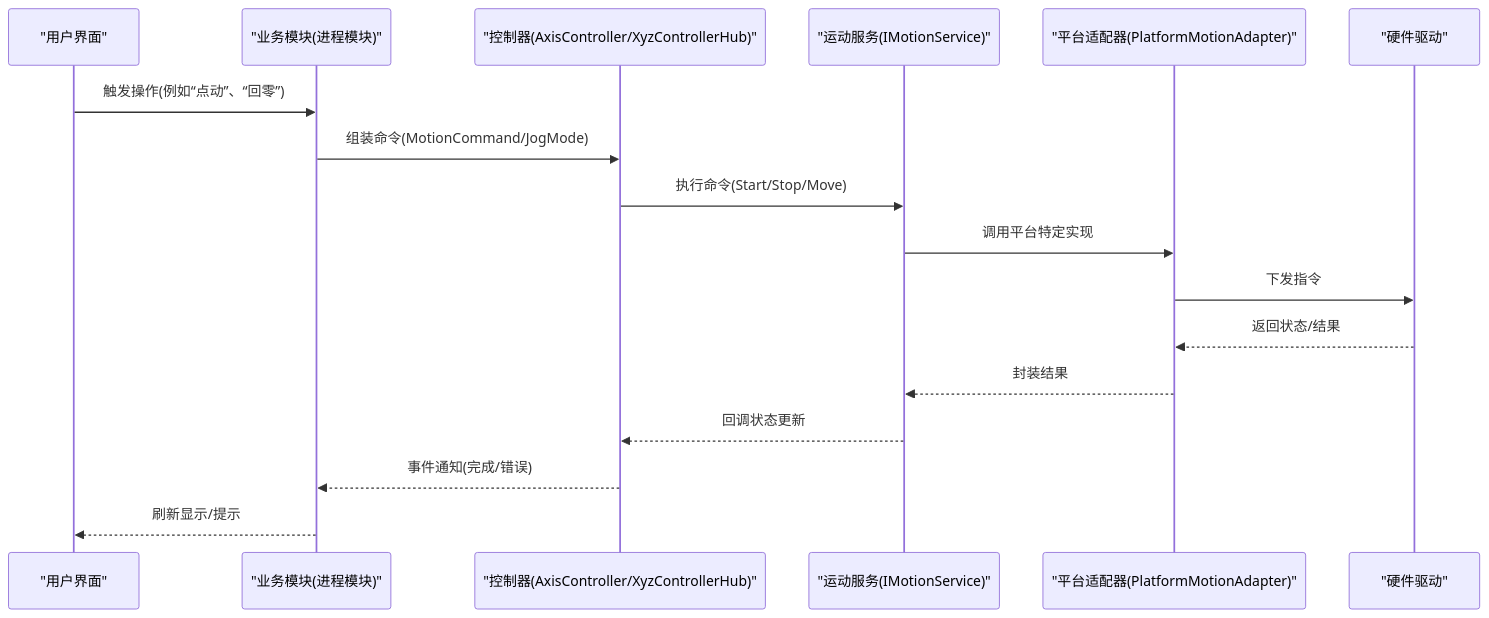
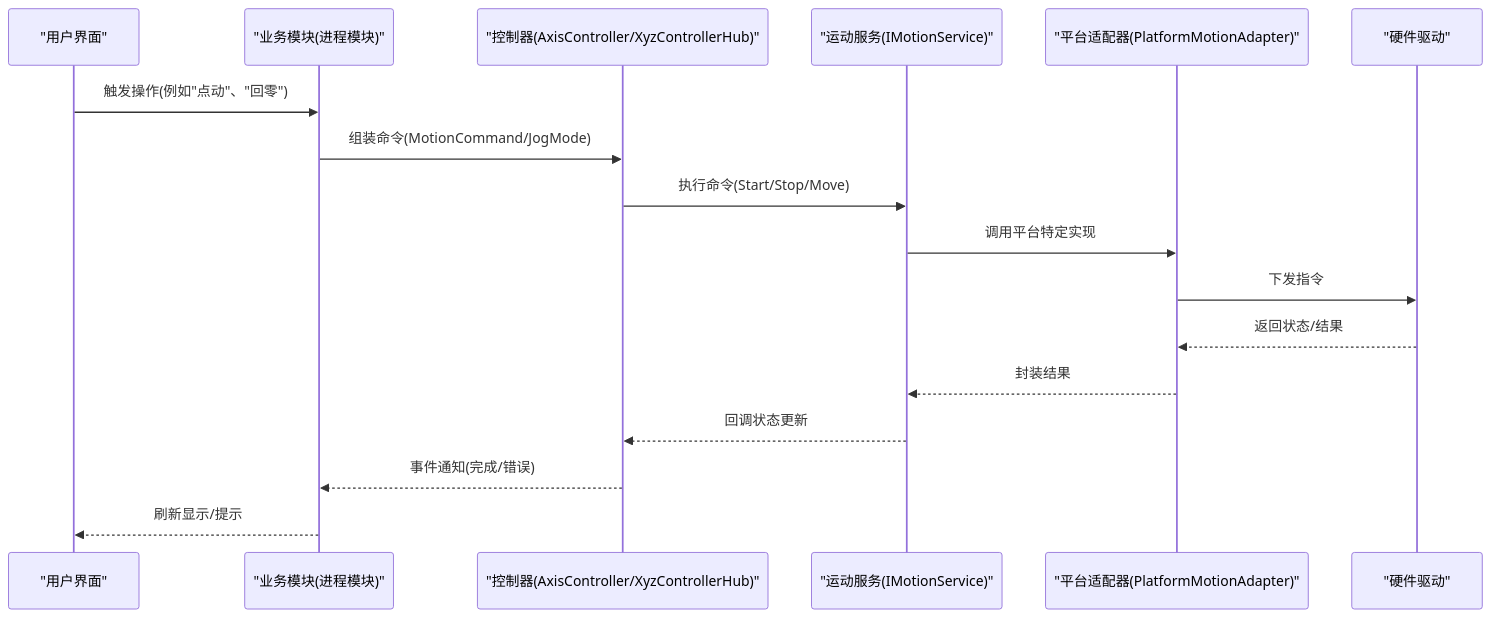
One commit to fuweiq94-cloud/339918076 changed the second of 7 diagrams in .qoder/repowiki/zh/content/开发指南/开发指南.md. Above: the diagram before and after it, drawn with Mermaid. The commit also changed other lines of this file and 203 other files, not shown here.

````diff
--- a/.qoder/repowiki/zh/content/开发指南/开发指南.md
+++ b/.qoder/repowiki/zh/content/开发指南/开发指南.md
@@ -167,19 +177,19 @@
 ```mermaid
 sequenceDiagram
 participant UI as "用户界面"
 participant Mod as "业务模块(进程模块)"
 participant Ctrl as "控制器(AxisController/XyzControllerHub)"
 participant Svc as "运动服务(IMotionService)"
 participant Adapter as "平台适配器(PlatformMotionAdapter)"
 participant HW as "硬件驱动"
-UI->>Mod : 触发操作(例如“点动”、“回零”)
+UI->>Mod : 触发操作(例如"点动"、"回零")
 Mod->>Ctrl : 组装命令(MotionCommand/JogMode)
 Ctrl->>Svc : 执行命令(Start/Stop/Move)
 Svc->>Adapter : 调用平台特定实现
 Adapter->>HW : 下发指令
 HW-->>Adapter : 返回状态/结果
 Adapter-->>Svc : 封装结果
 Svc-->>Ctrl : 回调状态更新
 Ctrl-->>Mod : 事件通知(完成/错误)
 Mod-->>UI : 刷新显示/提示
 ```
````
